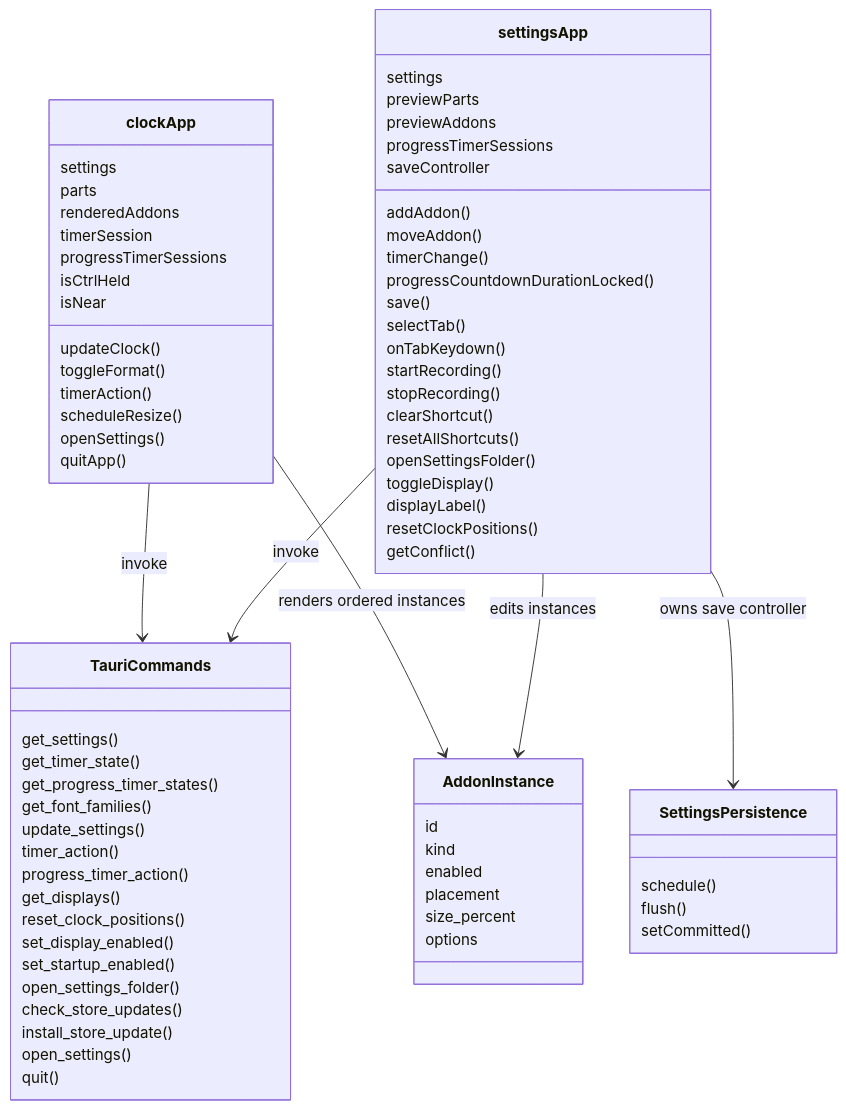
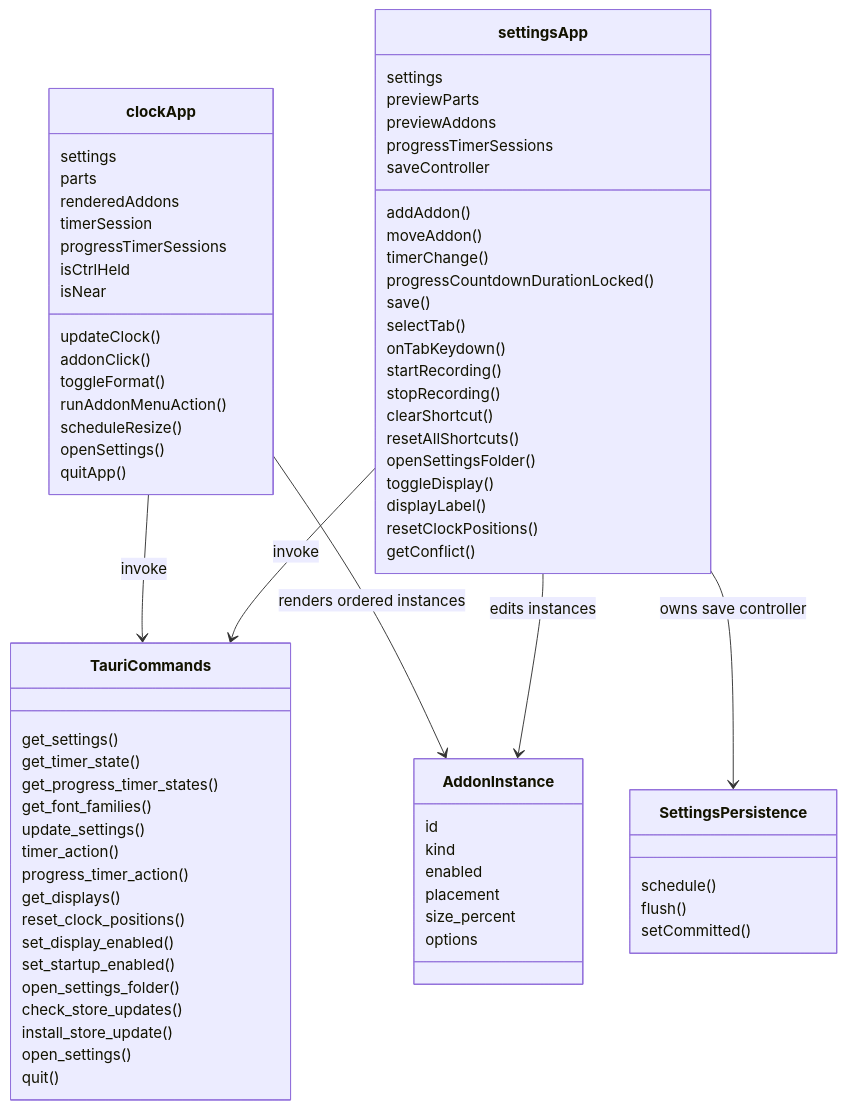
Before and after one commit to tbkmax/TopClock: the sixth of 8 diagrams in src/doc/workflow_diagram.md, drawn with Mermaid. The commit also changed other lines of this file and 69 other files, not shown here.

````diff
--- a/src/doc/workflow_diagram.md
+++ b/src/doc/workflow_diagram.md
@@ -118,77 +118,78 @@
 ```mermaid
 classDiagram
     class clockApp {
       settings
       parts
       renderedAddons
       timerSession
       progressTimerSessions
       isCtrlHeld
       isNear
       updateClock()
+      addonClick()
       toggleFormat()
-      timerAction()
+      runAddonMenuAction()
       scheduleResize()
       openSettings()
       quitApp()
     }
     class settingsApp {
       settings
       previewParts
       previewAddons
       progressTimerSessions
       saveController
       addAddon()
       moveAddon()
       timerChange()
       progressCountdownDurationLocked()
       save()
       selectTab()
       onTabKeydown()
       startRecording()
       stopRecording()
       clearShortcut()
       resetAllShortcuts()
       openSettingsFolder()
       toggleDisplay()
       displayLabel()
       resetClockPositions()
       getConflict()
     }
     class SettingsPersistence {
       schedule()
       flush()
       setCommitted()
     }
     class TauriCommands {
       get_settings()
       get_timer_state()
       get_progress_timer_states()
       get_font_families()
       update_settings()
       timer_action()
       progress_timer_action()
       get_displays()
       reset_clock_positions()
       set_display_enabled()
       set_startup_enabled()
       open_settings_folder()
       check_store_updates()
       install_store_update()
       open_settings()
       quit()
     }
     clockApp --> TauriCommands : invoke
     settingsApp --> TauriCommands : invoke
     settingsApp --> SettingsPersistence : owns save controller
     class AddonInstance {
       id
       kind
       enabled
       placement
       size_percent
       options
     }
     clockApp --> AddonInstance : renders ordered instances
     settingsApp --> AddonInstance : edits instances
 ```
````
